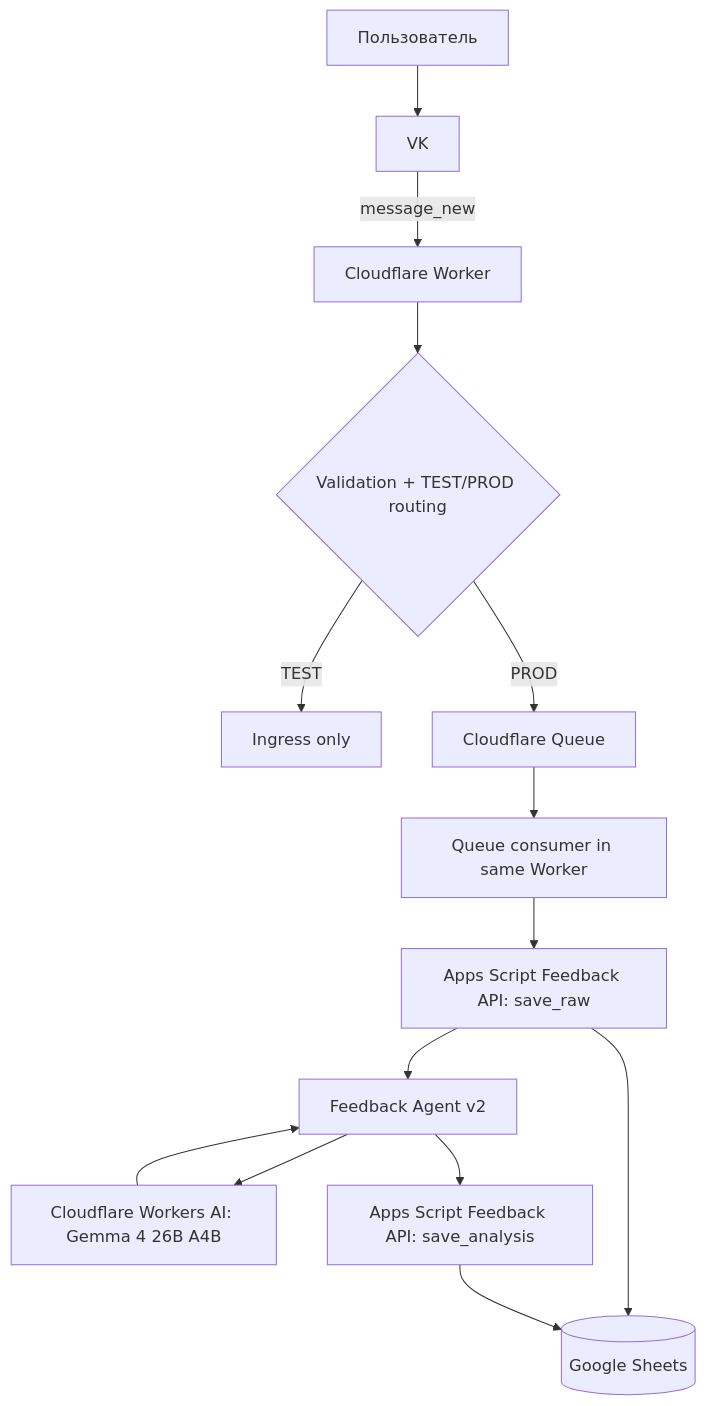
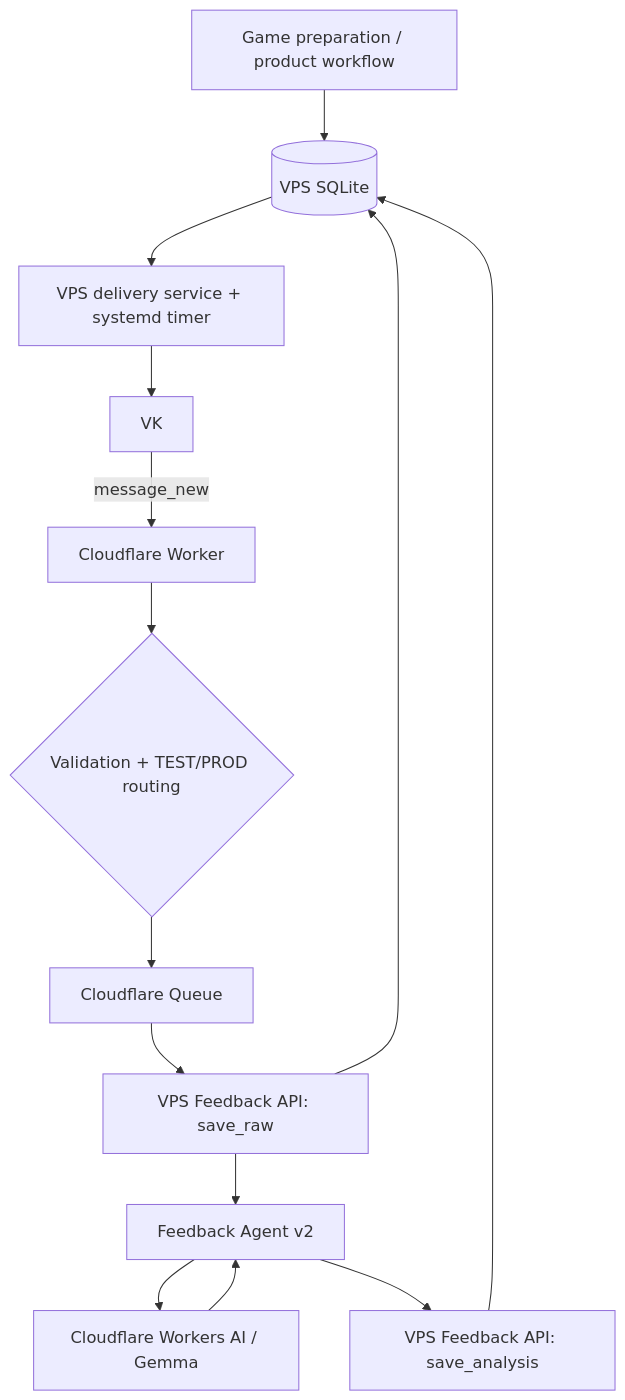
Before and after one commit to LukshinVI/game-of-the-day: the diagram in docs/architecture.md, drawn with Mermaid. The commit also changed other lines of this file, not shown here.

Commit message:
docs: update architecture for VPS SQLite migration

````diff
--- a/docs/architecture.md
+++ b/docs/architecture.md
@@ -24,16 +60,16 @@
 ```mermaid
 flowchart TD
-    U[Пользователь] --> V[VK]
-    V -->|message_new| W[Cloudflare Worker]
-    W --> VAL{Validation + TEST/PROD routing}
-    VAL -->|TEST| T[Ingress only]
-    VAL -->|PROD| Q[Cloudflare Queue]
-    Q --> C[Queue consumer in same Worker]
-    C --> RAW[Apps Script Feedback API: save_raw]
-    RAW --> S[(Google Sheets)]
+    P[Game preparation / product workflow] --> DB[(VPS SQLite)]
+    DB --> D[VPS delivery service + systemd timer]
+    D --> VK[VK]
+    VK -->|message_new| W[Cloudflare Worker]
+    W --> V{Validation + TEST/PROD routing}
+    V --> Q[Cloudflare Queue]
+    Q --> RAW[VPS Feedback API: save_raw]
+    RAW --> DB
     RAW --> F[Feedback Agent v2]
-    F --> AI[Cloudflare Workers AI: Gemma 4 26B A4B]
+    F --> AI[Cloudflare Workers AI / Gemma]
     AI --> F
-    F --> RES[Apps Script Feedback API: save_analysis]
-    RES --> S
+    F --> RES[VPS Feedback API: save_analysis]
+    RES --> DB
 ```
````
